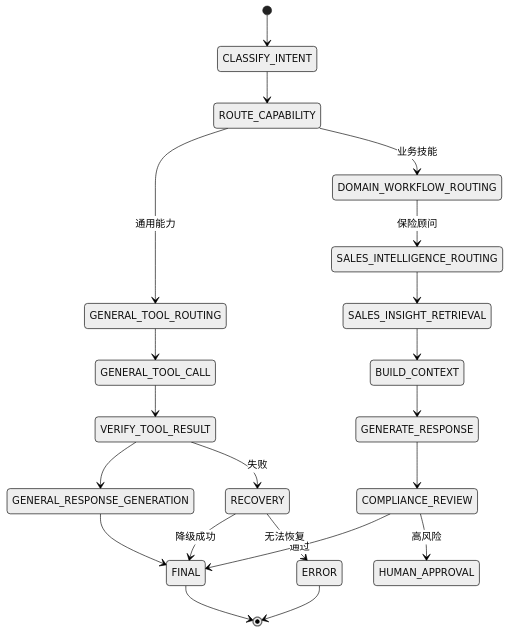
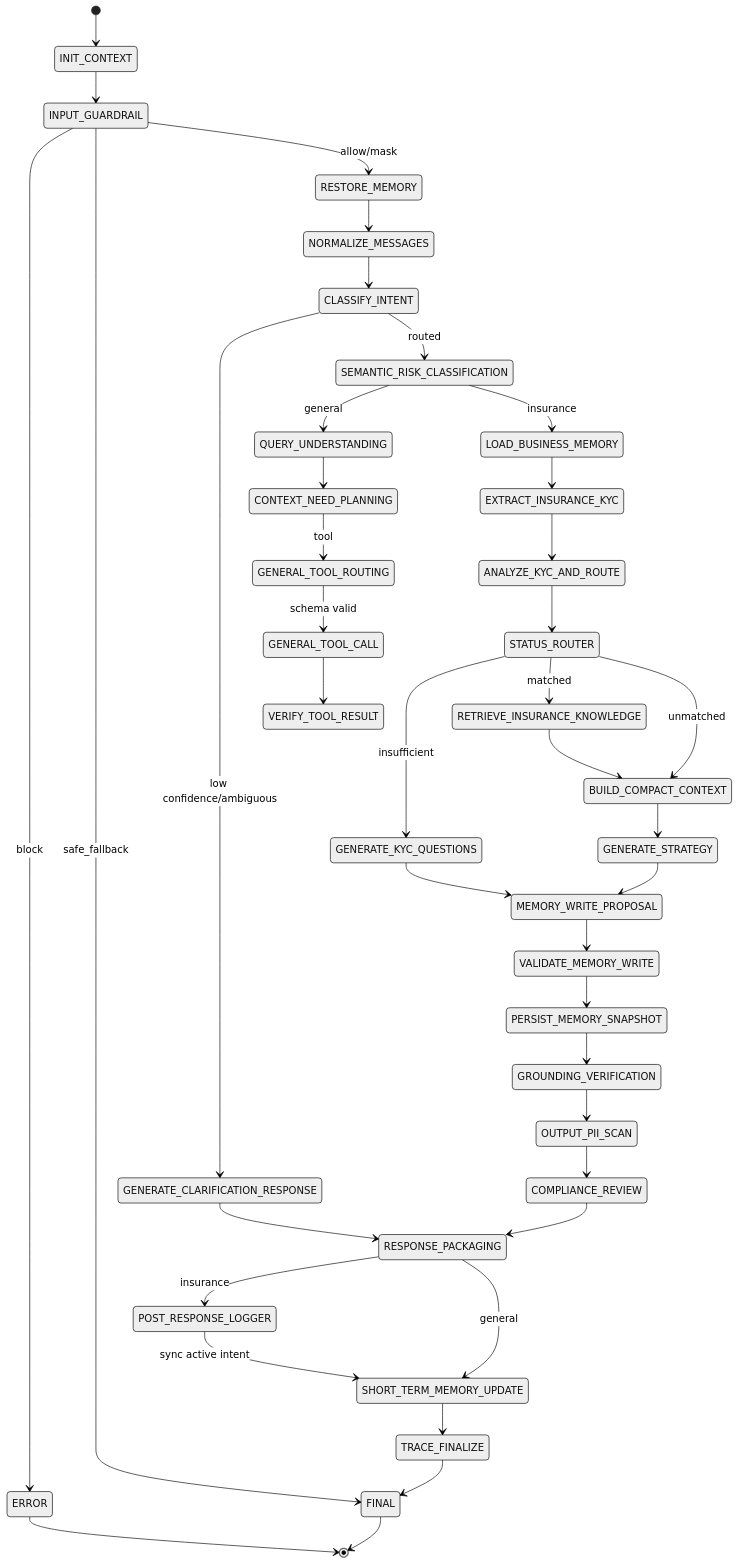
The diagram in docs/state-machine.md (yinghanpeng/ins_advisor_agent), drawn with Mermaid (neutral theme) before and after one commit. The commit also changed other lines of this file and 191 other files, not shown here.

Commit message:
feat:完善流程，意图识别增加embedding前置，槽位填充，集成langsmith

````diff
--- a/docs/state-machine.md
+++ b/docs/state-machine.md
@@ -5,23 +3,42 @@
 ```mermaid
 stateDiagram-v2
-    [*] --> CLASSIFY_INTENT
-    CLASSIFY_INTENT --> ROUTE_CAPABILITY
-    ROUTE_CAPABILITY --> GENERAL_TOOL_ROUTING: 通用能力
-    ROUTE_CAPABILITY --> DOMAIN_WORKFLOW_ROUTING: 业务技能
-    GENERAL_TOOL_ROUTING --> GENERAL_TOOL_CALL
+    [*] --> INIT_CONTEXT
+    INIT_CONTEXT --> INPUT_GUARDRAIL
+    INPUT_GUARDRAIL --> ERROR: block
+    INPUT_GUARDRAIL --> FINAL: safe_fallback
+    INPUT_GUARDRAIL --> RESTORE_MEMORY: allow/mask
+    RESTORE_MEMORY --> NORMALIZE_MESSAGES
+    NORMALIZE_MESSAGES --> CLASSIFY_INTENT
+    CLASSIFY_INTENT --> GENERATE_CLARIFICATION_RESPONSE: low confidence/ambiguous
+    GENERATE_CLARIFICATION_RESPONSE --> RESPONSE_PACKAGING
+    CLASSIFY_INTENT --> SEMANTIC_RISK_CLASSIFICATION: routed
+    SEMANTIC_RISK_CLASSIFICATION --> QUERY_UNDERSTANDING: general
+    SEMANTIC_RISK_CLASSIFICATION --> LOAD_BUSINESS_MEMORY: insurance
+    QUERY_UNDERSTANDING --> CONTEXT_NEED_PLANNING
+    CONTEXT_NEED_PLANNING --> GENERAL_TOOL_ROUTING: tool
+    GENERAL_TOOL_ROUTING --> GENERAL_TOOL_CALL: schema valid
     GENERAL_TOOL_CALL --> VERIFY_TOOL_RESULT
-    VERIFY_TOOL_RESULT --> GENERAL_RESPONSE_GENERATION
-    DOMAIN_WORKFLOW_ROUTING --> SALES_INTELLIGENCE_ROUTING: 保险顾问
-    SALES_INTELLIGENCE_ROUTING --> SALES_INSIGHT_RETRIEVAL
-    SALES_INSIGHT_RETRIEVAL --> BUILD_CONTEXT
-    BUILD_CONTEXT --> GENERATE_RESPONSE
-    GENERATE_RESPONSE --> COMPLIANCE_REVIEW
-    COMPLIANCE_REVIEW --> FINAL: 通过
-    COMPLIANCE_REVIEW --> HUMAN_APPROVAL: 高风险
-    GENERAL_RESPONSE_GENERATION --> FINAL
-    VERIFY_TOOL_RESULT --> RECOVERY: 失败
-    RECOVERY --> FINAL: 降级成功
-    RECOVERY --> ERROR: 无法恢复
+    LOAD_BUSINESS_MEMORY --> EXTRACT_INSURANCE_KYC
+    EXTRACT_INSURANCE_KYC --> ANALYZE_KYC_AND_ROUTE
+    ANALYZE_KYC_AND_ROUTE --> STATUS_ROUTER
+    STATUS_ROUTER --> GENERATE_KYC_QUESTIONS: insufficient
+    STATUS_ROUTER --> RETRIEVE_INSURANCE_KNOWLEDGE: matched
+    STATUS_ROUTER --> BUILD_COMPACT_CONTEXT: unmatched
+    RETRIEVE_INSURANCE_KNOWLEDGE --> BUILD_COMPACT_CONTEXT
+    BUILD_COMPACT_CONTEXT --> GENERATE_STRATEGY
+    GENERATE_KYC_QUESTIONS --> MEMORY_WRITE_PROPOSAL
+    GENERATE_STRATEGY --> MEMORY_WRITE_PROPOSAL
+    MEMORY_WRITE_PROPOSAL --> VALIDATE_MEMORY_WRITE
+    VALIDATE_MEMORY_WRITE --> PERSIST_MEMORY_SNAPSHOT
+    PERSIST_MEMORY_SNAPSHOT --> GROUNDING_VERIFICATION
+    GROUNDING_VERIFICATION --> OUTPUT_PII_SCAN
+    OUTPUT_PII_SCAN --> COMPLIANCE_REVIEW
+    COMPLIANCE_REVIEW --> RESPONSE_PACKAGING
+    RESPONSE_PACKAGING --> POST_RESPONSE_LOGGER: insurance
+    POST_RESPONSE_LOGGER --> SHORT_TERM_MEMORY_UPDATE: sync active intent
+    RESPONSE_PACKAGING --> SHORT_TERM_MEMORY_UPDATE: general
+    SHORT_TERM_MEMORY_UPDATE --> TRACE_FINALIZE
+    TRACE_FINALIZE --> FINAL
     FINAL --> [*]
     ERROR --> [*]
 ```
````
